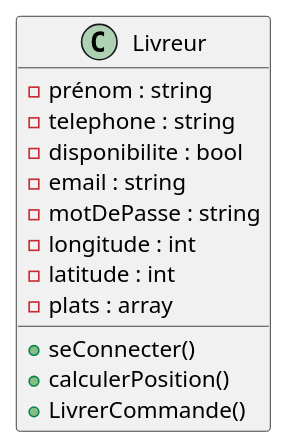
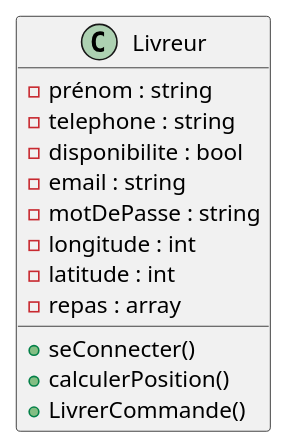
Before and after one commit to laurasullyalexandrine/expressfood: the diagram in Class/Livreur.puml, drawn with PlantUML. The commit also changed 9 other files, not shown here.

```diff
--- a/Class/Livreur.puml
+++ b/Class/Livreur.puml
@@ -1,20 +1,20 @@
 @startuml Livreur
 
 
 Class Livreur {
     - prénom : string
     - telephone : string
     - disponibilite : bool
     - email : string
     - motDePasse : string
     - longitude : int
     - latitude : int
-    - plats : array
+    - repas : array
 
     + seConnecter()
     + calculerPosition()
     + LivrerCommande()
 }
 
 
 @enduml
```
